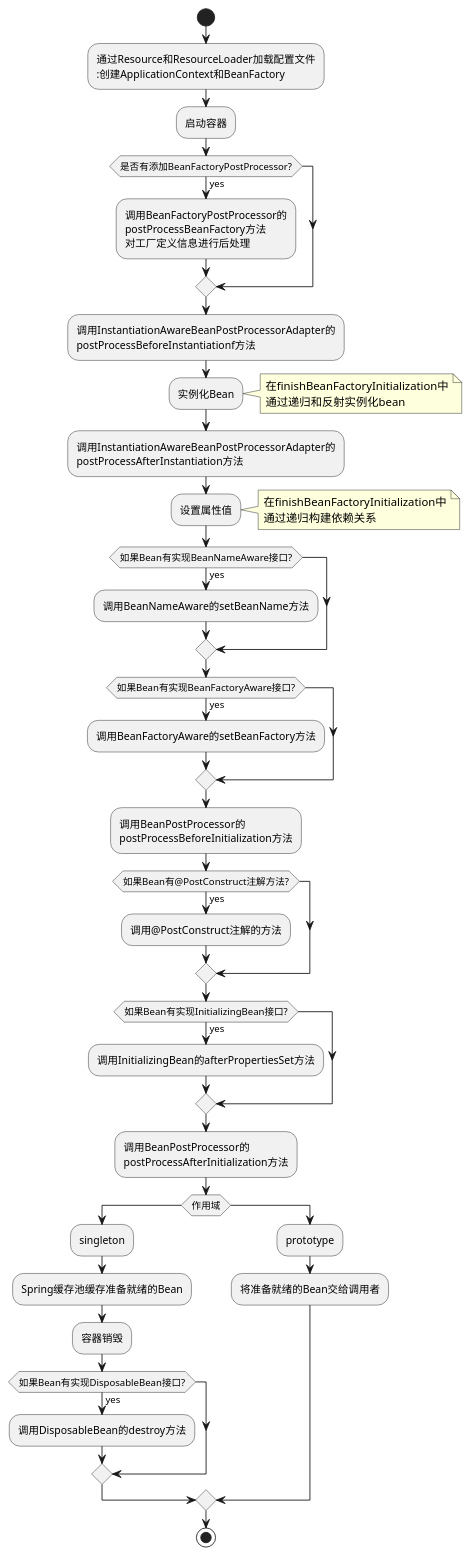
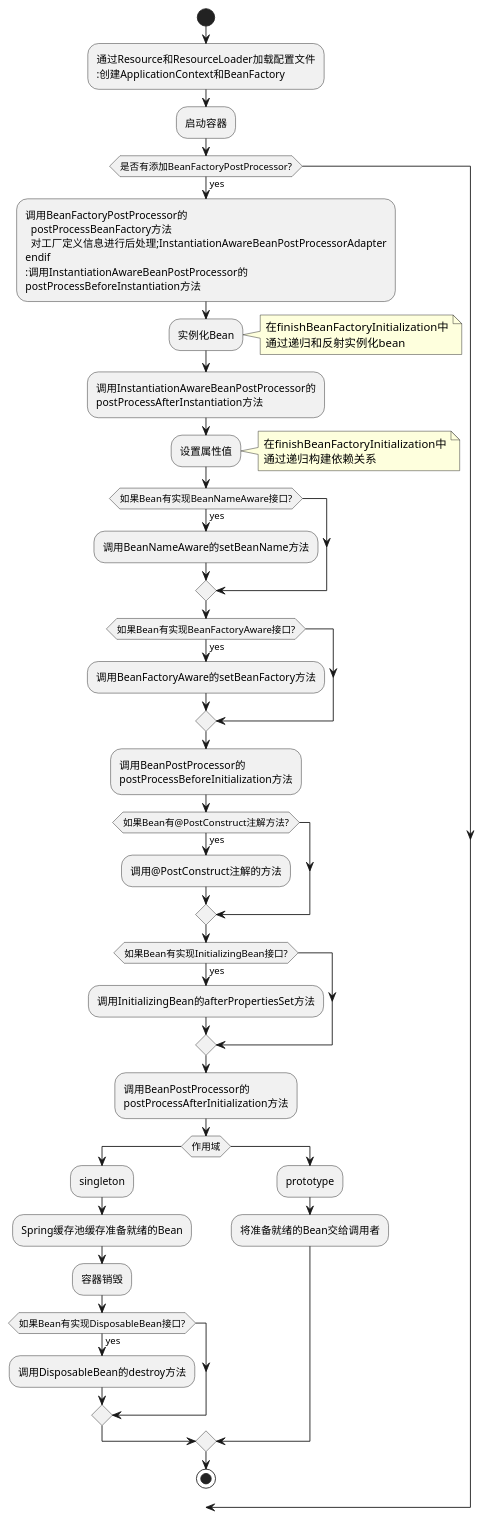
Before and after one commit to BinGithub2015/zhihu: the diagram in demo/uml/Bean生命周期.puml, drawn with PlantUML. The commit also changed 1 other file, not shown here.

```diff
--- a/demo/uml/Bean生命周期.puml
+++ b/demo/uml/Bean生命周期.puml
@@ -1,53 +1,53 @@
 @startuml
 start
 :通过Resource和ResourceLoader加载配置文件
 :创建ApplicationContext和BeanFactory;
 :启动容器;
 if (是否有添加BeanFactoryPostProcessor?) then (yes)
   :调用BeanFactoryPostProcessor的
   postProcessBeanFactory方法
-  对工厂定义信息进行后处理;
+  对工厂定义信息进行后处理;InstantiationAwareBeanPostProcessorAdapter
 endif
-:调用InstantiationAwareBeanPostProcessorAdapter的
-postProcessBeforeInstantiationf方法;
+:调用InstantiationAwareBeanPostProcessor的
+postProcessBeforeInstantiation方法;
 :实例化Bean;
 note right
     在finishBeanFactoryInitialization中
     通过递归和反射实例化bean
 end note
-:调用InstantiationAwareBeanPostProcessorAdapter的
+:调用InstantiationAwareBeanPostProcessor的
 postProcessAfterInstantiation方法;
 :设置属性值;
 note right
     在finishBeanFactoryInitialization中
     通过递归构建依赖关系
 end note
 if (如果Bean有实现BeanNameAware接口?) then (yes)
   :调用BeanNameAware的setBeanName方法;
 endif
 if (如果Bean有实现BeanFactoryAware接口?) then (yes)
   :调用BeanFactoryAware的setBeanFactory方法;
 endif
 :调用BeanPostProcessor的
 postProcessBeforeInitialization方法;
 if (如果Bean有@PostConstruct注解方法?) then (yes)
   :调用@PostConstruct注解的方法;
 endif
 if (如果Bean有实现InitializingBean接口?) then (yes)
   :调用InitializingBean的afterPropertiesSet方法;
 endif
 :调用BeanPostProcessor的
 postProcessAfterInitialization方法;
 if (作用域) then
   :singleton;
   :Spring缓存池缓存准备就绪的Bean;
   :容器销毁;
   if (如果Bean有实现DisposableBean接口?) then (yes)
     :调用DisposableBean的destroy方法;
   endif
 else
   :prototype;
   :将准备就绪的Bean交给调用者;
 endif
 stop
 @enduml
```
